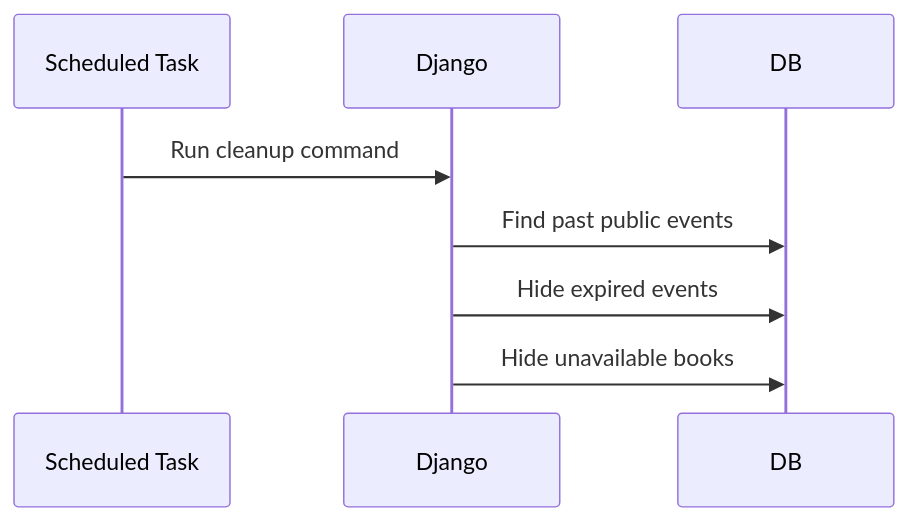
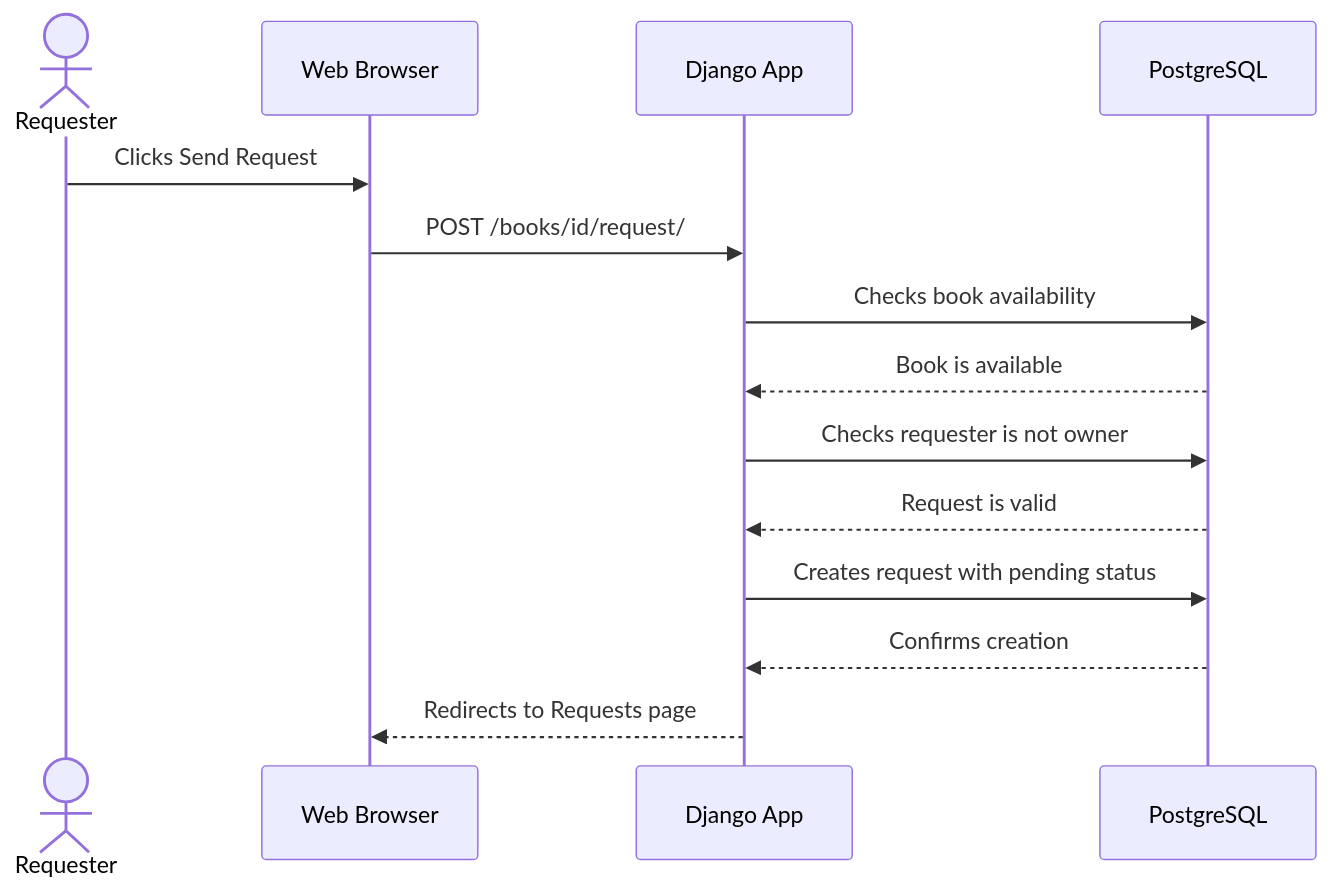
Before and after one commit to Handroc/Livract-project: the fifth of 5 diagrams in README.md, drawn with Mermaid. The commit also changed other lines of this file, not shown here.

````diff
--- a/README.md
+++ b/README.md
@@ -298,10 +295,16 @@
 ```mermaid
 sequenceDiagram
-    participant Task as Scheduled Task
-    participant Django
-    participant DB
-    Task->>Django: Run cleanup command
-    Django->>DB: Find past public events
-    Django->>DB: Hide expired events
-    Django->>DB: Hide unavailable books
+    actor Requester
+    participant Browser as Web Browser
+    participant Django as Django App
+    participant DB as PostgreSQL
+    Requester->>Browser: Clicks Send Request
+    Browser->>Django: POST /books/id/request/
+    Django->>DB: Checks book availability
+    DB-->>Django: Book is available
+    Django->>DB: Checks requester is not owner
+    DB-->>Django: Request is valid
+    Django->>DB: Creates request with pending status
+    DB-->>Django: Confirms creation
+    Django-->>Browser: Redirects to Requests page
 ```
````
